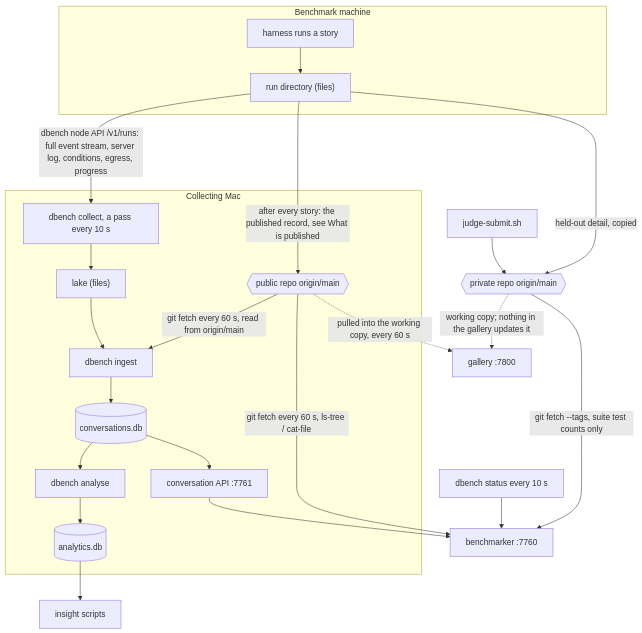
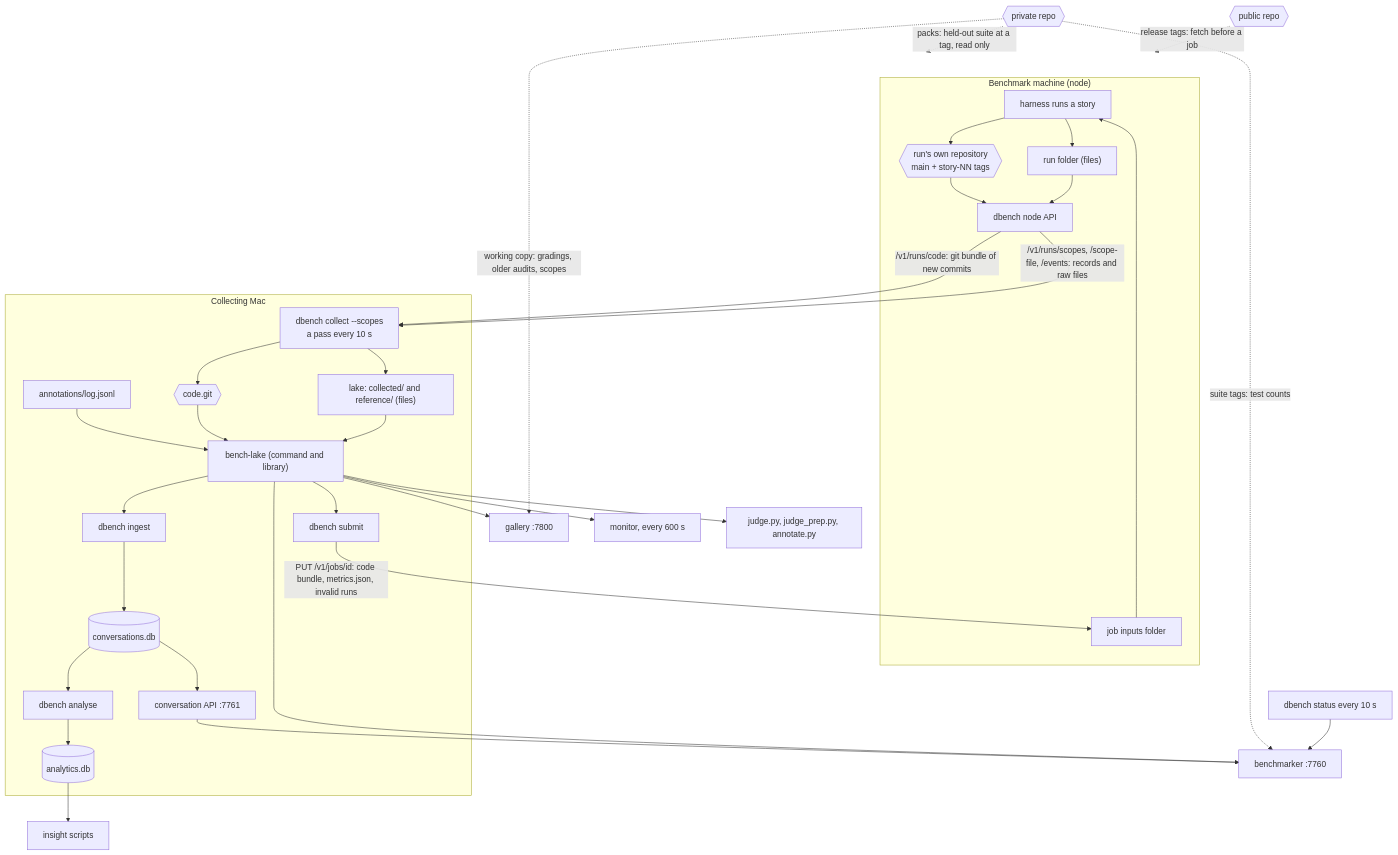
The first of 9 diagrams in docs/dataflow.md (boxabirds/awesome-local-ai), drawn with Mermaid before and after one commit. The commit also changed other lines of this file and 5 other files, not shown here.

First line of the commit message:
Docs for story 23's release: nothing is published from a node (task 23.27, step 6)

````diff
--- a/docs/dataflow.md
+++ b/docs/dataflow.md
@@ -25,28 +38,53 @@
 ```mermaid
 flowchart TD
-  subgraph node["Benchmark machine"]
-    H[harness runs a story] --> RD["run directory (files)"]
+  subgraph node["Benchmark machine (node)"]
+    H[harness runs a story] --> RD["run folder (files)"]
+    H --> WS{{"run's own repository<br/>main + story-NN tags"}}
+    API["dbench node API"]
+    RD --> API
+    WS --> API
+    JI["job inputs folder"] --> H
   end
-  RD -- "after every story: the published record, see What is published" --> PUB{{public repo origin/main}}
-  RD -- "held-out detail, copied" --> PRIV{{private repo origin/main}}
-  JS[judge-submit.sh] --> PRIV
-  RD -- "dbench node API /v1/runs: full event stream, server log, conditions, egress, progress" --> COL
 
   subgraph mac["Collecting Mac"]
-    COL[dbench collect, a pass every 10 s] --> LAKE["lake (files)"]
-    PUB -- "git fetch every 60 s, read from origin/main" --> ING
-    LAKE --> ING[dbench ingest]
-    ING --> WH[(conversations.db)]
-    WH --> AN[dbench analyse]
-    AN --> ADB[(analytics.db)]
-    WH --> API["conversation API :7761"]
+    COL["dbench collect --scopes<br/>a pass every 10 s"]
+    LAKE["lake: collected/ and reference/ (files)"]
+    CODE{{"code.git"}}
+    ANN["annotations/log.jsonl"]
+    BL["bench-lake (command and library)"]
+    ING[dbench ingest]
+    WH[(conversations.db)]
+    AN[dbench analyse]
+    ADB[(analytics.db)]
+    CAPI["conversation API :7761"]
+    SUB["dbench submit"]
+    COL --> LAKE
+    COL --> CODE
+    LAKE --> BL
+    CODE --> BL
+    ANN --> BL
+    BL --> ING
+    ING --> WH
+    WH --> AN
+    AN --> ADB
+    WH --> CAPI
+    BL --> SUB
   end
 
-  PUB -- "git fetch every 60 s, ls-tree / cat-file" --> BM[benchmarker :7760]
-  PRIV -- "git fetch --tags, suite test counts only" --> BM
-  API --> BM
-  DB[dbench status every 10 s] --> BM
-  PUB -. "pulled into the working copy, every 60 s" .-> GAL[gallery :7800]
-  PRIV -. "working copy; nothing in the gallery updates it" .-> GAL
+  API -- "/v1/runs/scopes, /scope-file, /events: records and raw files" --> COL
+  API -- "/v1/runs/code: git bundle of new commits" --> COL
+  SUB -- "PUT /v1/jobs/id: code bundle, metrics.json, invalid runs" --> JI
+
+  BL --> BM["benchmarker :7760"]
+  CAPI --> BM
+  DS["dbench status every 10 s"] --> BM
+  BL --> GAL["gallery :7800"]
+  BL --> MON["monitor, every 600 s"]
+  BL --> HT["judge.py, judge_prep.py, annotate.py"]
   ADB --> INS[insight scripts]
+
+  PUB{{"public repo"}} -. "release tags: fetch before a job" .-> node
+  PRIV{{"private repo"}} -. "packs: held-out suite at a tag, read only" .-> node
+  PRIV -. "suite tags: test counts" .-> BM
+  PRIV -. "working copy: gradings, older audits, scopes" .-> GAL
 ```
````
